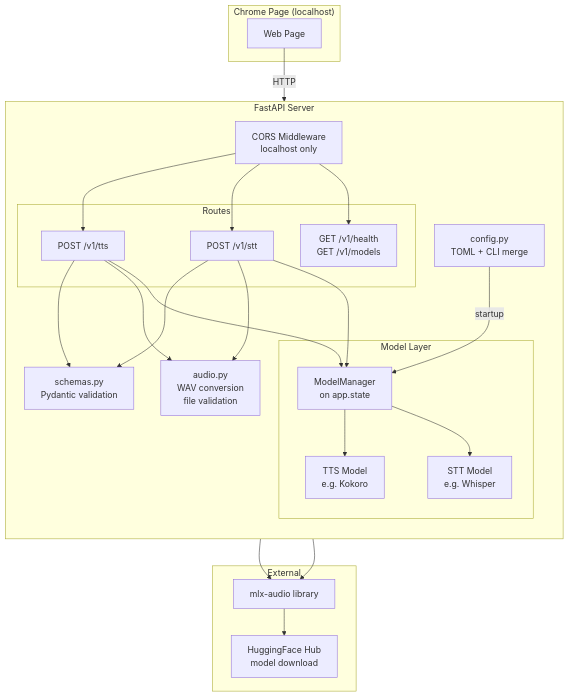
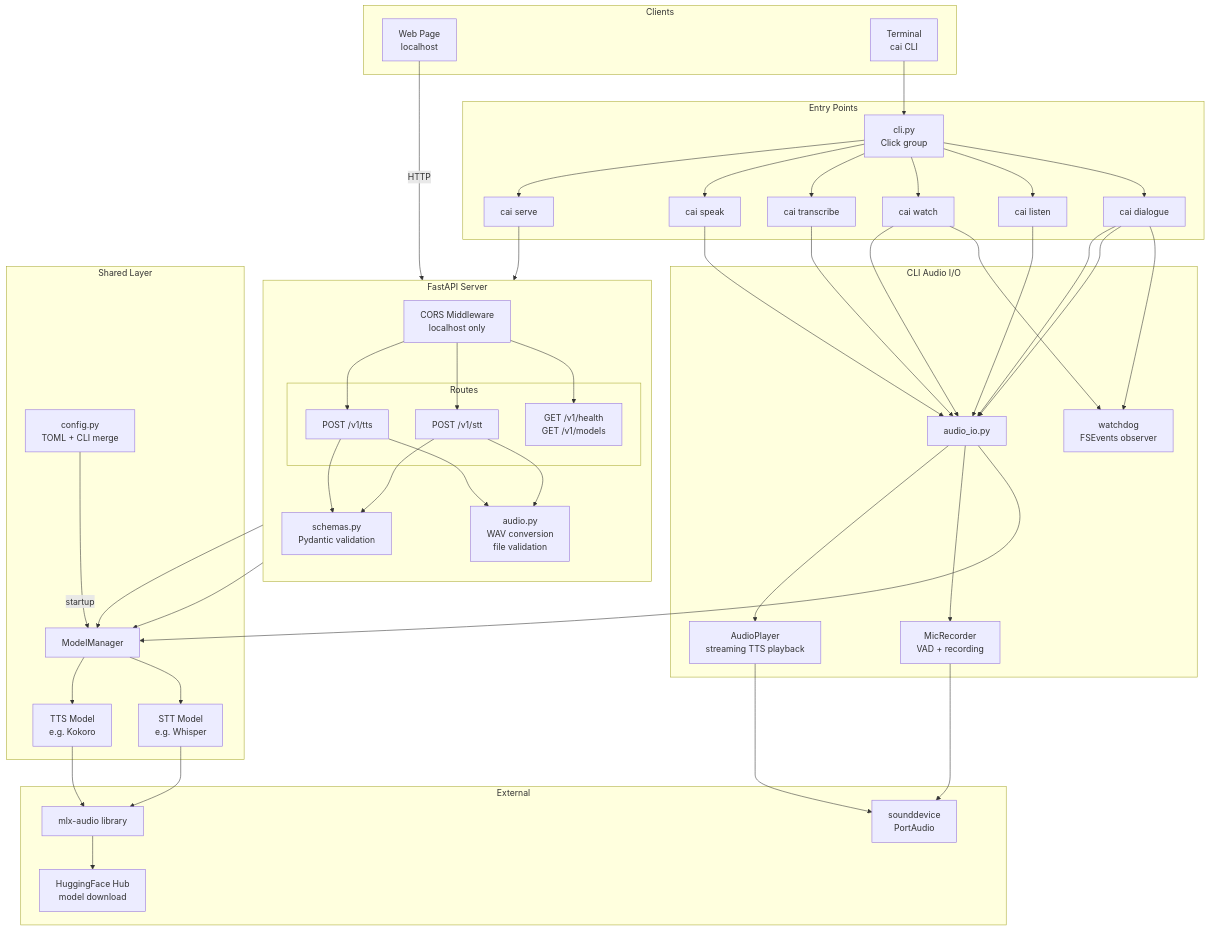
Before and after one commit to gatewaynode/conversational_ai: the first of 6 diagrams in tasks/ARCHITECTURE.md, drawn with Mermaid. The commit also changed other lines of this file and 19 other files, not shown here.

Commit message:
Added logging and configuration file XDG support.  Roadmapped out future state with CLI wrapper, additional input and output modes.

````diff
--- a/tasks/ARCHITECTURE.md
+++ b/tasks/ARCHITECTURE.md
@@ -38,46 +60,69 @@
 ```mermaid
 graph TB
-    subgraph "Chrome Page (localhost)"
-        Browser[Web Page]
+    subgraph "Clients"
+        Browser[Web Page<br/>localhost]
+        Terminal[Terminal<br/>cai CLI]
+    end
+
+    subgraph "Entry Points"
+        CLI_EP[cli.py<br/>Click group]
+        SERVE[cai serve]
+        SPEAK[cai speak]
+        TRANSCRIBE[cai transcribe]
+        WATCH[cai watch]
+        LISTEN[cai listen]
+        DIALOGUE[cai dialogue]
     end
 
     subgraph "FastAPI Server"
         direction TB
         CORS[CORS Middleware<br/>localhost only]
 
         subgraph "Routes"
             TTS_R[POST /v1/tts]
             STT_R[POST /v1/stt]
             SYS_R[GET /v1/health<br/>GET /v1/models]
         end
 
         Schemas[schemas.py<br/>Pydantic validation]
-        Audio[audio.py<br/>WAV conversion<br/>file validation]
+        Audio_Util[audio.py<br/>WAV conversion<br/>file validation]
+    end
 
-        subgraph "Model Layer"
-            MM[ModelManager<br/>on app.state]
-            TTS_M[TTS Model<br/>e.g. Kokoro]
-            STT_M[STT Model<br/>e.g. Whisper]
-        end
+    subgraph "CLI Audio I/O"
+        AudioIO[audio_io.py]
+        Player[AudioPlayer<br/>streaming TTS playback]
+        MicRec[MicRecorder<br/>VAD + recording]
+        FileWatch[watchdog<br/>FSEvents observer]
+    end
 
+    subgraph "Shared Layer"
         Config[config.py<br/>TOML + CLI merge]
+        MM[ModelManager]
+        TTS_M[TTS Model<br/>e.g. Kokoro]
+        STT_M[STT Model<br/>e.g. Whisper]
     end
 
     subgraph "External"
         MLX[mlx-audio library]
         HF[HuggingFace Hub<br/>model download]
+        SD[sounddevice<br/>PortAudio]
     end
 
     Browser -->|HTTP| CORS
+    Terminal --> CLI_EP
+    CLI_EP --> SERVE & SPEAK & TRANSCRIBE & WATCH & LISTEN & DIALOGUE
+    SERVE --> CORS
     CORS --> TTS_R & STT_R & SYS_R
-    TTS_R --> Schemas
-    STT_R --> Schemas
-    TTS_R --> Audio
-    STT_R --> Audio
-    TTS_R --> MM
-    STT_R --> MM
+    TTS_R --> Schemas & Audio_Util & MM
+    STT_R --> Schemas & Audio_Util & MM
+    SPEAK & WATCH & DIALOGUE --> AudioIO
+    TRANSCRIBE & LISTEN & DIALOGUE --> AudioIO
+    AudioIO --> Player & MicRec
+    WATCH & DIALOGUE --> FileWatch
+    AudioIO --> MM
     MM --> TTS_M & STT_M
     TTS_M & STT_M --> MLX
     MLX --> HF
+    Player & MicRec --> SD
     Config -->|startup| MM
 ```
````
